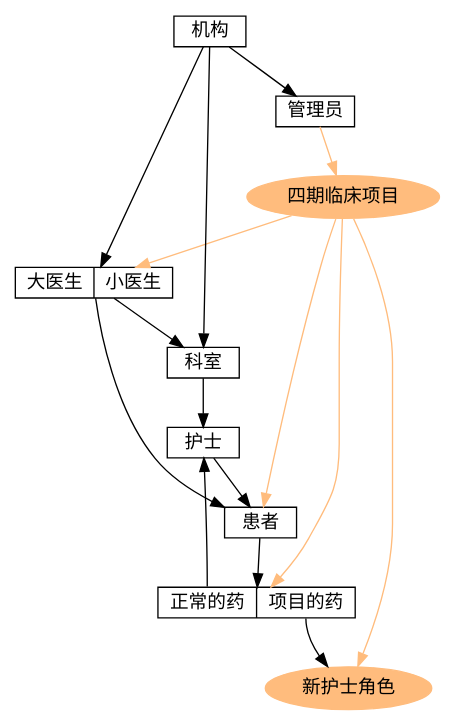
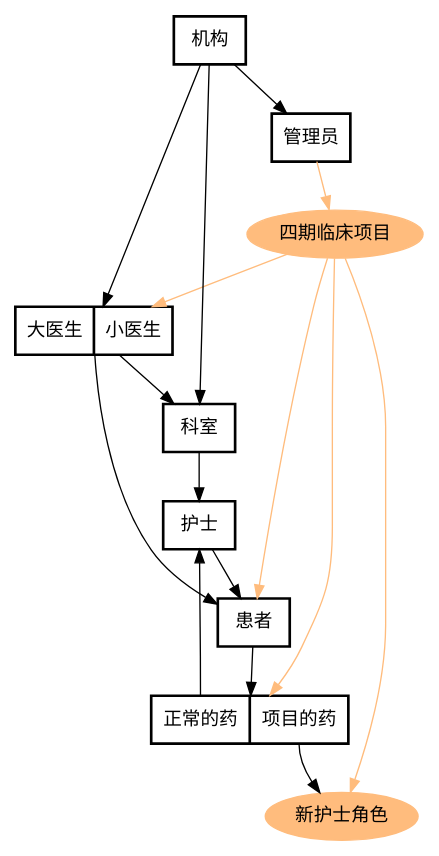
One commit to dongkw/graphiviz changed the diagram in test2.dot. Above: the diagram before and after it, drawn with Graphviz. The commit also changed 15 other files, not shown here.

```diff
--- a/test2.dot
+++ b/test2.dot
@@ -1,24 +1,24 @@
 digraph image{
-node[shape=record,height=.1]
+node[shape=record,style=bold]
 医生[label="<f0> 大医生|<f1> 小医生"];
 药[label="<f0> 正常的药|<f1> 项目的药"];
 项目[label="四期临床项目",style=filled,shape=oval ,color ="#FFBC7D"]
 新护士角色[style=filled,shape=oval ,color ="#FFBC7D"]
 
 机构->科室,医生
 医生 ->科室
 医生->患者
 患者-> 药
 科室->护士
 护士->患者
 机构->管理员
 
 //机构->项目[color ="#FFBC7D"]
 项目->医生,患者,药,新护士角色[color ="#FFBC7D"]
 管理员->项目[color ="#FFBC7D"]
 
 药:f1 ->新护士角色
 药:f0 ->护士
 
 
 }
```
